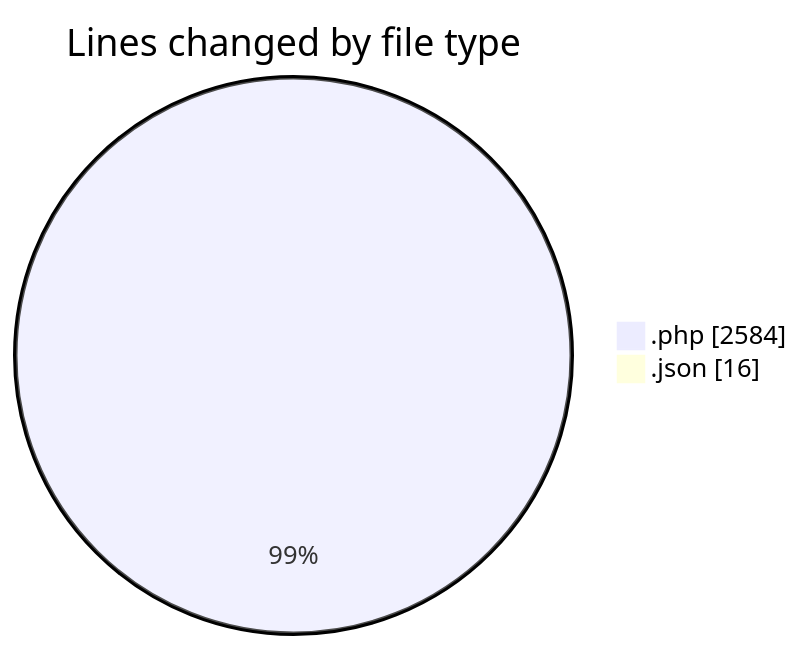
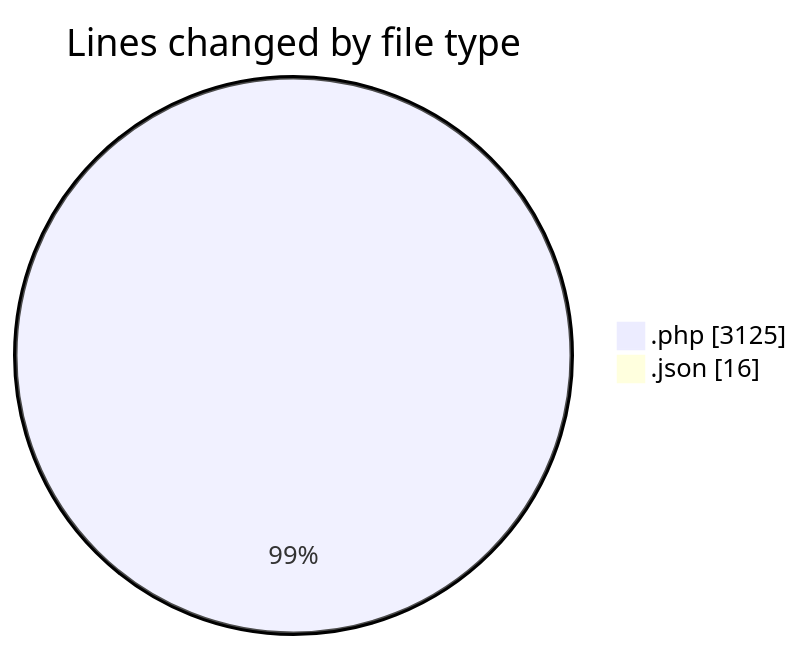
Before and after one commit to debugP/code-tracking: the first of 2 diagrams in 2025-10-22/untitled__workspace_/README.md, drawn with Mermaid. The commit also changed other lines of this file and 1 other file, not shown here.

````diff
--- a/2025-10-22/untitled__workspace_/README.md
+++ b/2025-10-22/untitled__workspace_/README.md
@@ -21,6 +22,6 @@
 ```mermaid
 pie showData
 title Lines changed by file type
-".php" : 2584
+".php" : 3125
 ".json" : 16
 ```
````
